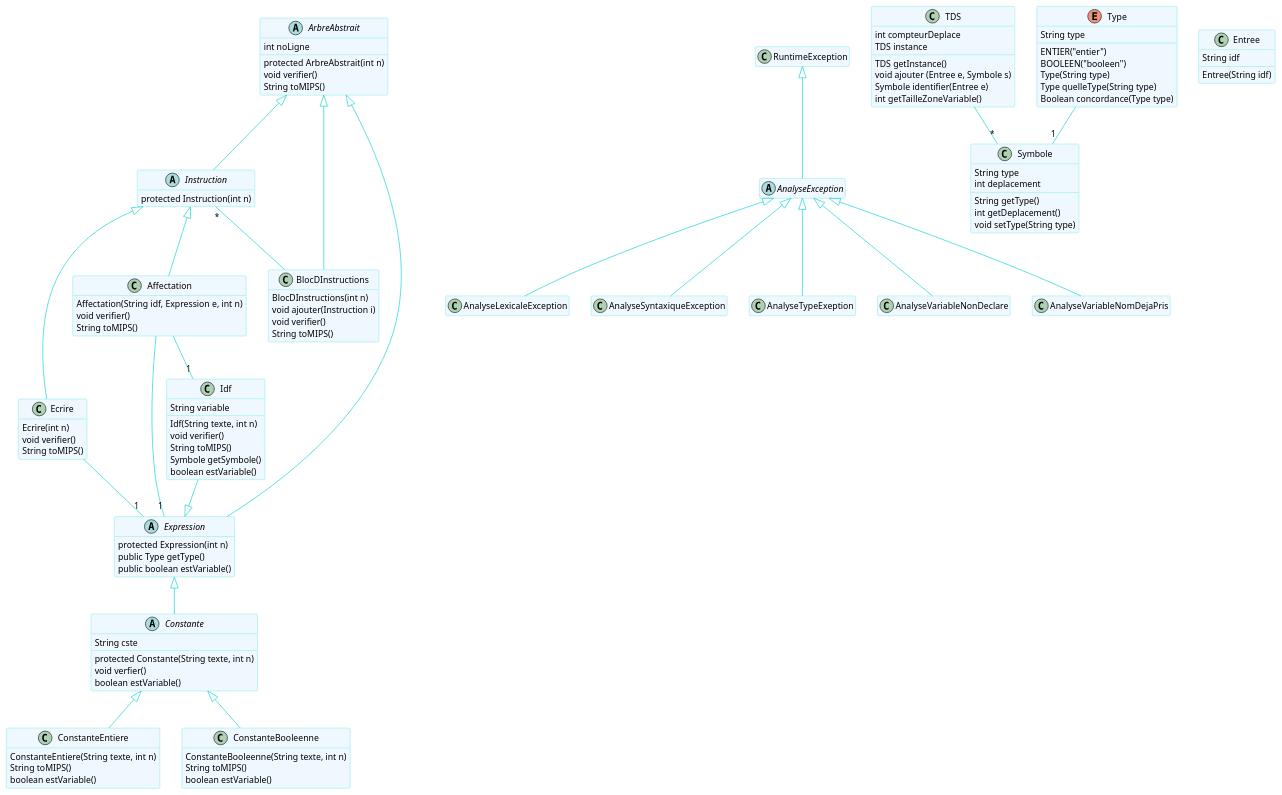
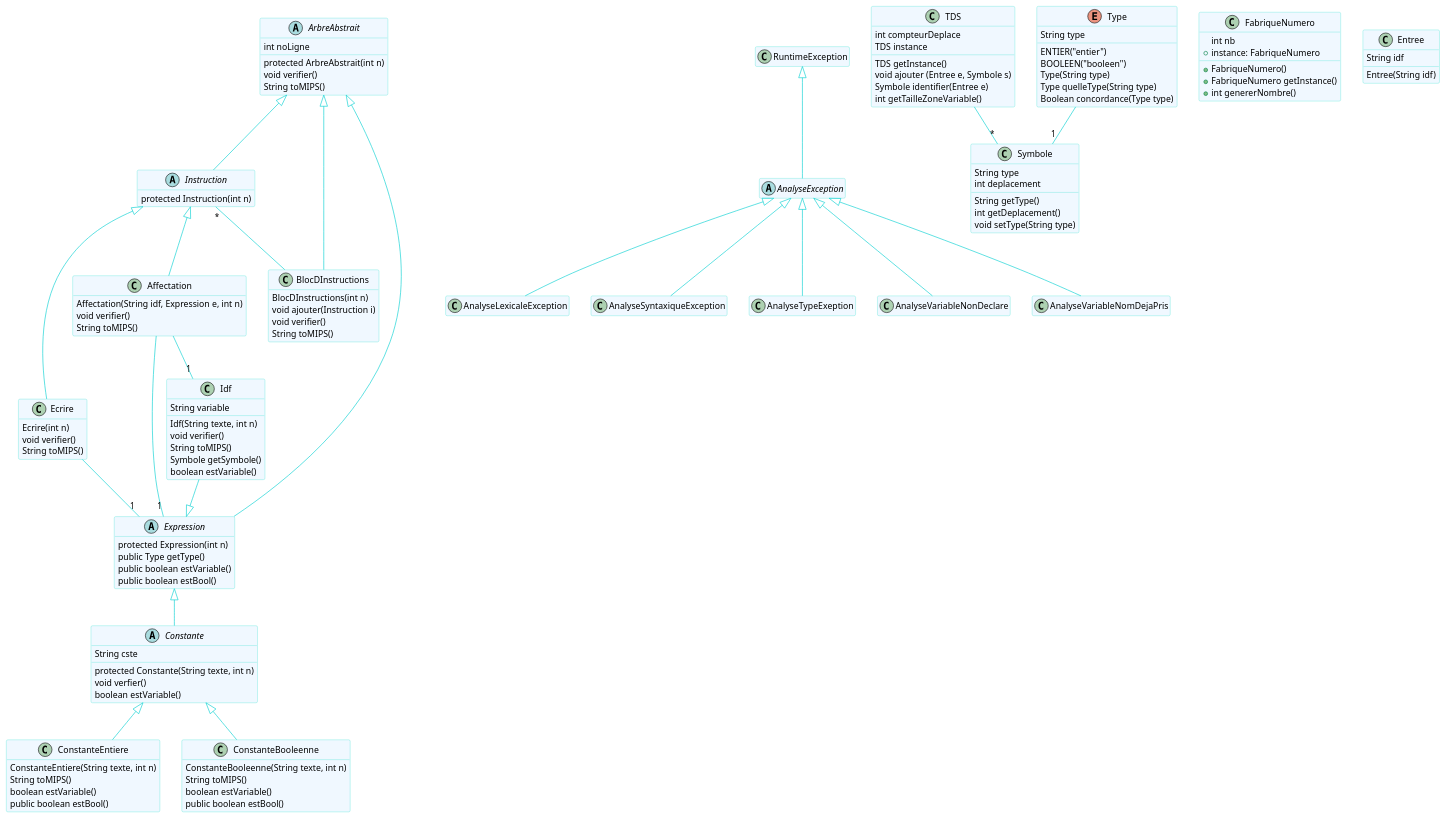
Before and after one commit to madisonnoyer54/Zoot: the diagram in src/uml/diagramme.puml, drawn with PlantUML.

Commit message:
mise à jour du diagramme de classe

```diff
--- a/src/uml/diagramme.puml
+++ b/src/uml/diagramme.puml
@@ -1,140 +1,150 @@
 @startuml
 skinparam class {
 BackgroundColor AliceBlue
 ArrowColor DarkTurquoise
 BorderColor Turquoise
 }
 
 skinparam stereotypeCBackgroundColor DarkTurquoise
 skinparam stereotypeIBackgroundColor Magenta
 skinparam stereotypeABackgroundColor Yellow
 
 hide stereotype
 hide empty member
 
 abstract class AnalyseException
 
 AnalyseException -up-|> RuntimeException
 
 AnalyseLexicaleException -up-|> AnalyseException
 AnalyseSyntaxiqueException -up-|> AnalyseException
 AnalyseTypeExeption -up-|> AnalyseException
 AnalyseVariableNonDeclare -up-|> AnalyseException
 AnalyseVariableNomDejaPris -up-|> AnalyseException
 
 abstract class ArbreAbstrait {
    int noLigne
    protected ArbreAbstrait(int n)
    void verifier()
    String toMIPS()
 }
 
 class BlocDInstructions {
    BlocDInstructions(int n)
    void ajouter(Instruction i)
    void verifier()
    String toMIPS()
 }
 
 BlocDInstructions -up-|> ArbreAbstrait
 BlocDInstructions -up- "*" Instruction
 
 abstract class Instruction {
    protected Instruction(int n)
 }
 
 Instruction -up-|> ArbreAbstrait
 class Ecrire {
    Ecrire(int n)
    void verifier()
    String toMIPS()
 }
 
 Ecrire  -up-|> Instruction
 
 abstract class Expression {
    protected Expression(int n)
    public Type getType()
    public boolean estVariable()
+   public boolean estBool()
 }
 
 Expression  -up-|> ArbreAbstrait
 Ecrire - "1" Expression
 
 abstract class Constante {
    String cste
    protected Constante(String texte, int n)
    void verfier()
    boolean estVariable()
 }
 
 Constante  -up-|> Expression
 
 class ConstanteEntiere {
    ConstanteEntiere(String texte, int n)
    String toMIPS()
-    boolean estVariable()
+   boolean estVariable()
+   public boolean estBool()
 }
 
 class ConstanteBooleenne {
    ConstanteBooleenne(String texte, int n)
    String toMIPS()
    boolean estVariable()
+   public boolean estBool()
 }
 
 class TDS {
 int compteurDeplace
 TDS instance
 TDS getInstance()
 void ajouter (Entree e, Symbole s)
 Symbole identifier(Entree e)
 int getTailleZoneVariable()
+}
+class FabriqueNumero {
+  int nb
+  +FabriqueNumero()
+  +instance: FabriqueNumero
+  +FabriqueNumero getInstance()
+  +int genererNombre()
 }
 
 class Symbole{
 String type
 int deplacement
 String getType()
 int getDeplacement()
 void setType(String type)
 }
 
 TDS --"*" Symbole
 Type --"1" Symbole
 
 ConstanteEntiere  -up-|> Constante
 ConstanteBooleenne  -up-|> Constante
 
 enum Type{
 ENTIER("entier")
 BOOLEEN("booleen")
 String type
 Type(String type)
 Type quelleType(String type)
 Boolean concordance(Type type)
 }
 
 class Entree{
 String idf
 Entree(String idf)
 }
 
 class Affectation {
 Affectation(String idf, Expression e, int n)
 void verifier()
 String toMIPS()
 }
 Affectation --"1" Idf
 Affectation --"1" Expression
 Affectation  -up-|> Instruction
 
 class Idf{
 String variable
 Idf(String texte, int n)
 void verifier()
 String toMIPS()
 Symbole getSymbole()
 boolean estVariable()
 }
 Idf --|> Expression
 @enduml
```
